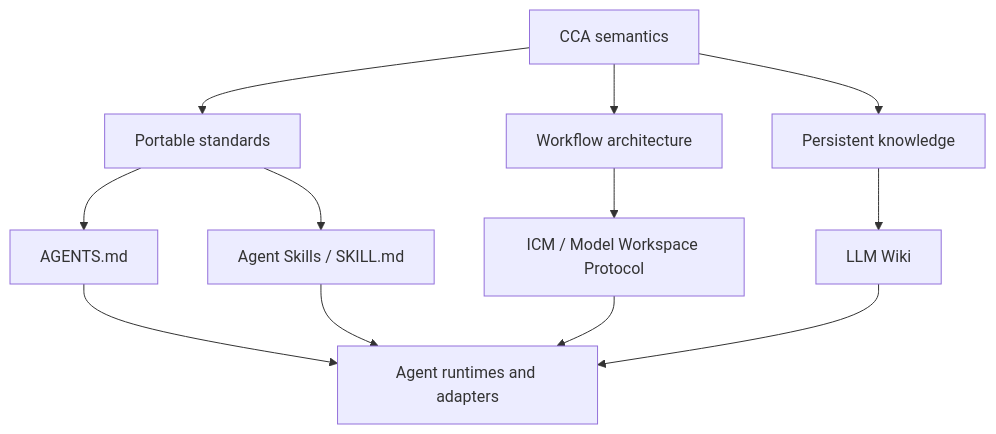
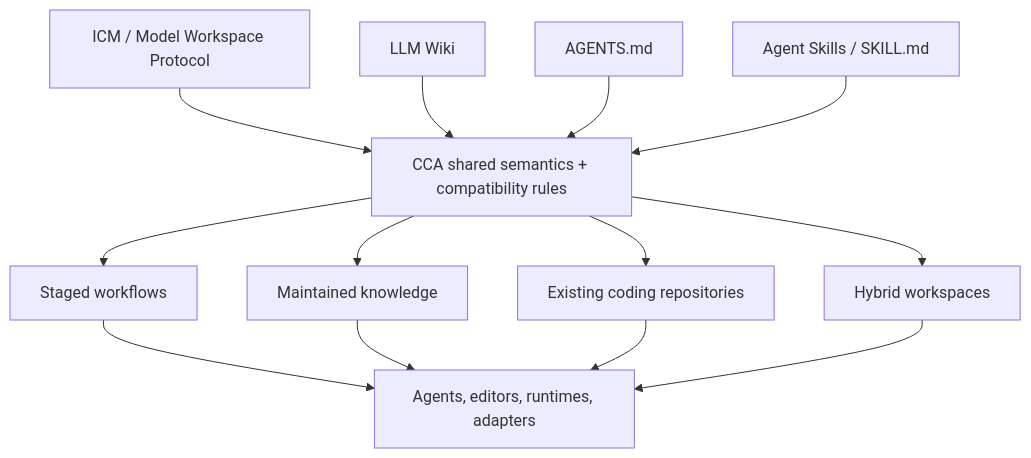
One commit to yonasuriv/CCA changed the first of 4 diagrams in README.md. Above: the diagram before and after it, drawn with Mermaid. The commit also changed other lines of this file, not shown here.

Commit message:
Expand README with compatibility model, use cases, and ICM acceptance guidance

````diff
--- a/README.md
+++ b/README.md
@@ -9,27 +30,31 @@
 ```mermaid
 flowchart TB
-    CCA["CCA semantics"]
-
-    STANDARDS["Portable standards"]
-    METHODS["Workflow architecture"]
-    KNOWLEDGE["Persistent knowledge"]
-
+    ICM["ICM / Model Workspace Protocol"]
+    WIKI["LLM Wiki"]
     AGENTS["AGENTS.md"]
     SKILLS["Agent Skills / SKILL.md"]
-    ICM["ICM / Model Workspace Protocol"]
-    WIKI["LLM Wiki"]
 
-    RUNTIMES["Agent runtimes and adapters"]
+    CCA["CCA shared semantics + compatibility rules"]
 
-    CCA --> STANDARDS
-    CCA --> METHODS
-    CCA --> KNOWLEDGE
-    STANDARDS --> AGENTS
-    STANDARDS --> SKILLS
-    METHODS --> ICM
-    KNOWLEDGE --> WIKI
-    AGENTS --> RUNTIMES
-    SKILLS --> RUNTIMES
-    ICM --> RUNTIMES
-    WIKI --> RUNTIMES
+    PIPE["Staged workflows"]
+    KNOW["Maintained knowledge"]
+    CODE["Existing coding repositories"]
+    HYBRID["Hybrid workspaces"]
+
+    RUNTIME["Agents, editors, runtimes, adapters"]
+
+    ICM --> CCA
+    WIKI --> CCA
+    AGENTS --> CCA
+    SKILLS --> CCA
+
+    CCA --> PIPE
+    CCA --> KNOW
+    CCA --> CODE
+    CCA --> HYBRID
+
+    PIPE --> RUNTIME
+    KNOW --> RUNTIME
+    CODE --> RUNTIME
+    HYBRID --> RUNTIME
 ```
````
